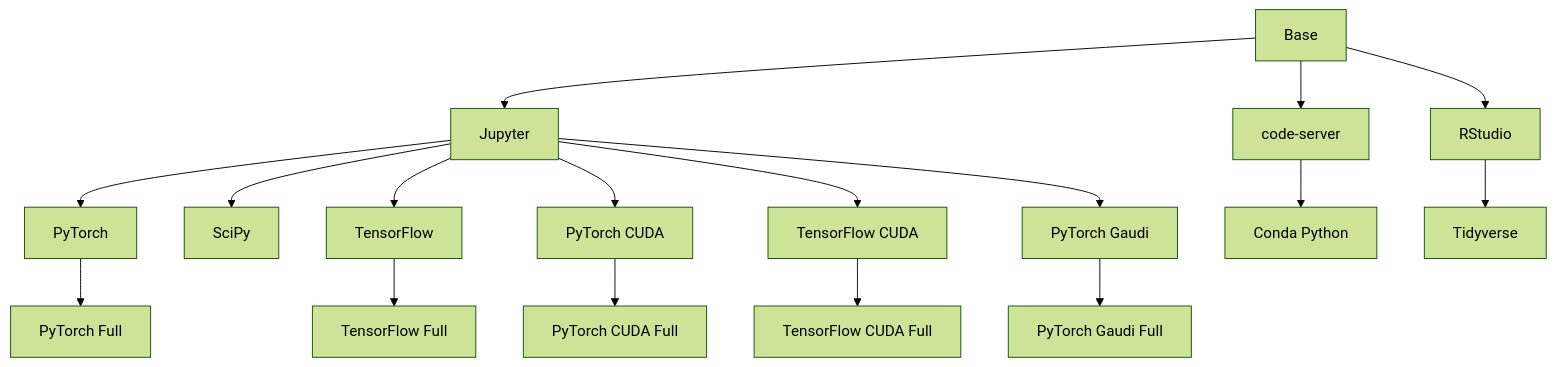
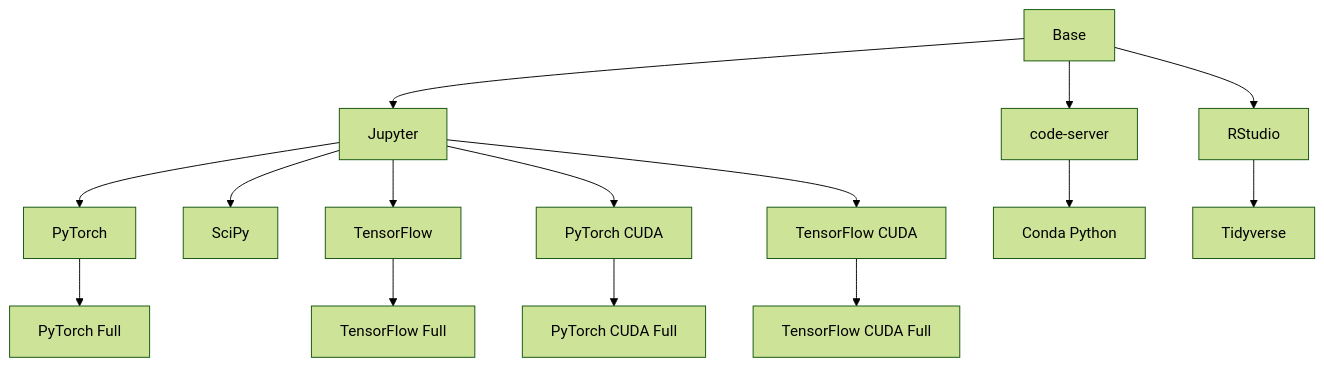
The diagram in content/en/docs/components/notebooks/container-images.md (kubeflow/website), drawn with Mermaid before and after one commit. The commit also changed other lines of this file and 5 other files, not shown here.

````diff
--- a/content/en/docs/components/notebooks/container-images.md
+++ b/content/en/docs/components/notebooks/container-images.md
@@ -16,43 +16,39 @@
 ```mermaid
 %%{init: {'theme':'forest'}}%%
 graph TD
   Base[Base] --> Jupyter[Jupyter]
   Base --> Code-Server[code-server]
   Base --> RStudio[RStudio]
   
   Jupyter --> PyTorch[PyTorch]
   Jupyter --> SciPy[SciPy]
   Jupyter --> TensorFlow[TensorFlow]
   
   Code-Server --> Code-Server-Conda-Python[Conda Python]
   RStudio --> Tidyverse[Tidyverse]
 
   PyTorch --> PyTorchFull[PyTorch Full]
   TensorFlow --> TensorFlowFull[TensorFlow Full]
 
   Jupyter --> PyTorchCuda[PyTorch CUDA]
   Jupyter --> TensorFlowCuda[TensorFlow CUDA]
-  Jupyter --> PyTorchGaudi[PyTorch Gaudi]
 
   PyTorchCuda --> PyTorchCudaFull[PyTorch CUDA Full]
   TensorFlowCuda --> TensorFlowCudaFull[TensorFlow CUDA Full]
-  PyTorchGaudi --> PyTorchGaudiFull[PyTorch Gaudi Full]
 
   click Base "https://github.com/kubeflow/notebooks/tree/notebooks-v1/components/example-notebook-servers/base"
   click Jupyter "https://github.com/kubeflow/notebooks/tree/notebooks-v1/components/example-notebook-servers/jupyter"
   click Code-Server "https://github.com/kubeflow/notebooks/tree/notebooks-v1/components/example-notebook-servers/codeserver"
   click RStudio "https://github.com/kubeflow/notebooks/tree/notebooks-v1/components/example-notebook-servers/rstudio"
   click PyTorch "https://github.com/kubeflow/notebooks/tree/notebooks-v1/components/example-notebook-servers/jupyter-pytorch"
   click SciPy "https://github.com/kubeflow/notebooks/tree/notebooks-v1/components/example-notebook-servers/jupyter-scipy"
   click TensorFlow "https://github.com/kubeflow/notebooks/tree/notebooks-v1/components/example-notebook-servers/jupyter-tensorflow"
   click Code-Server-Conda-Python "https://github.com/kubeflow/notebooks/tree/notebooks-v1/components/example-notebook-servers/codeserver-python"
   click Tidyverse "https://github.com/kubeflow/notebooks/tree/notebooks-v1/components/example-notebook-servers/rstudio-tidyverse"
   click PyTorchFull "https://github.com/kubeflow/notebooks/tree/notebooks-v1/components/example-notebook-servers/jupyter-pytorch-full"
   click TensorFlowFull "https://github.com/kubeflow/notebooks/tree/notebooks-v1/components/example-notebook-servers/jupyter-tensorflow-full"
   click PyTorchCuda "https://github.com/kubeflow/notebooks/tree/notebooks-v1/components/example-notebook-servers/jupyter-pytorch-cuda"
   click TensorFlowCuda "https://github.com/kubeflow/notebooks/tree/notebooks-v1/components/example-notebook-servers/jupyter-tensorflow-cuda"
   click PyTorchCudaFull "https://github.com/kubeflow/notebooks/tree/notebooks-v1/components/example-notebook-servers/jupyter-pytorch-cuda-full"
   click TensorFlowCudaFull "https://github.com/kubeflow/notebooks/tree/notebooks-v1/components/example-notebook-servers/jupyter-tensorflow-cuda-full"
-  click PyTorchGaudi "https://github.com/kubeflow/notebooks/tree/notebooks-v1/components/example-notebook-servers/jupyter-pytorch-gaudi"
-  click PyTorchGaudiFull "https://github.com/kubeflow/notebooks/tree/notebooks-v1/components/example-notebook-servers/jupyter-pytorch-gaudi-full"
 ```
````
